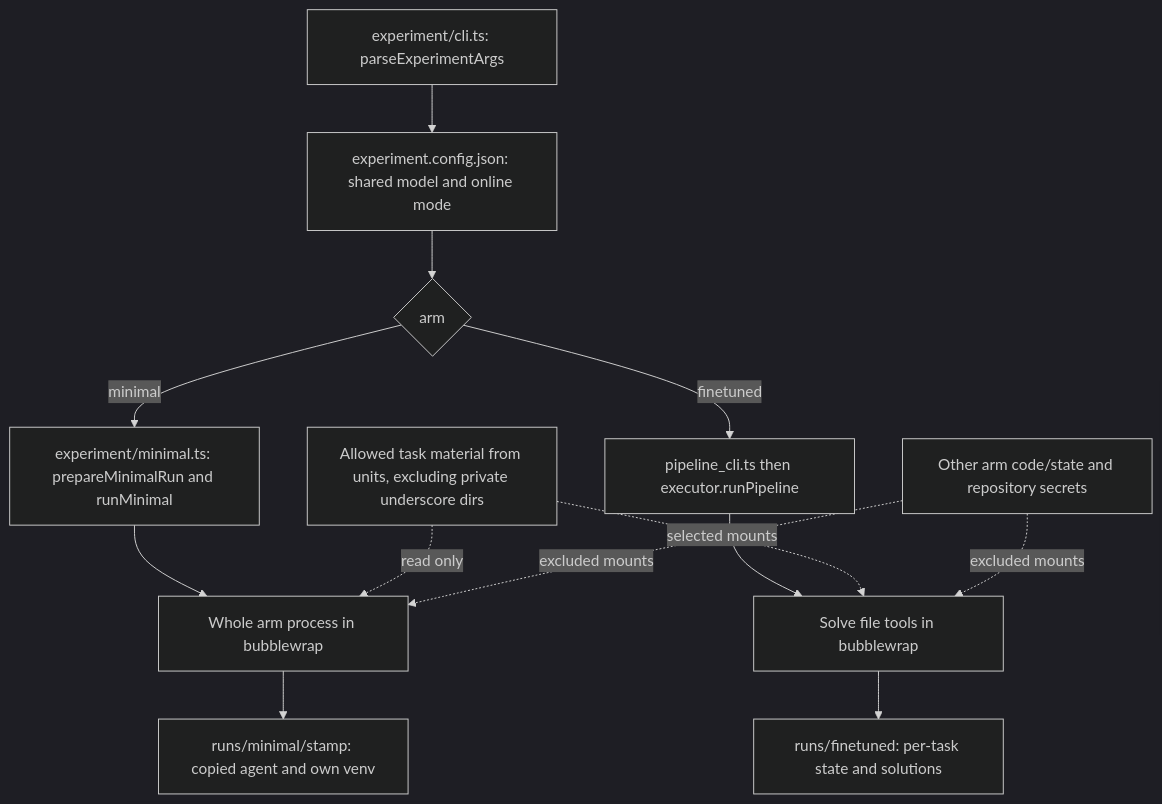
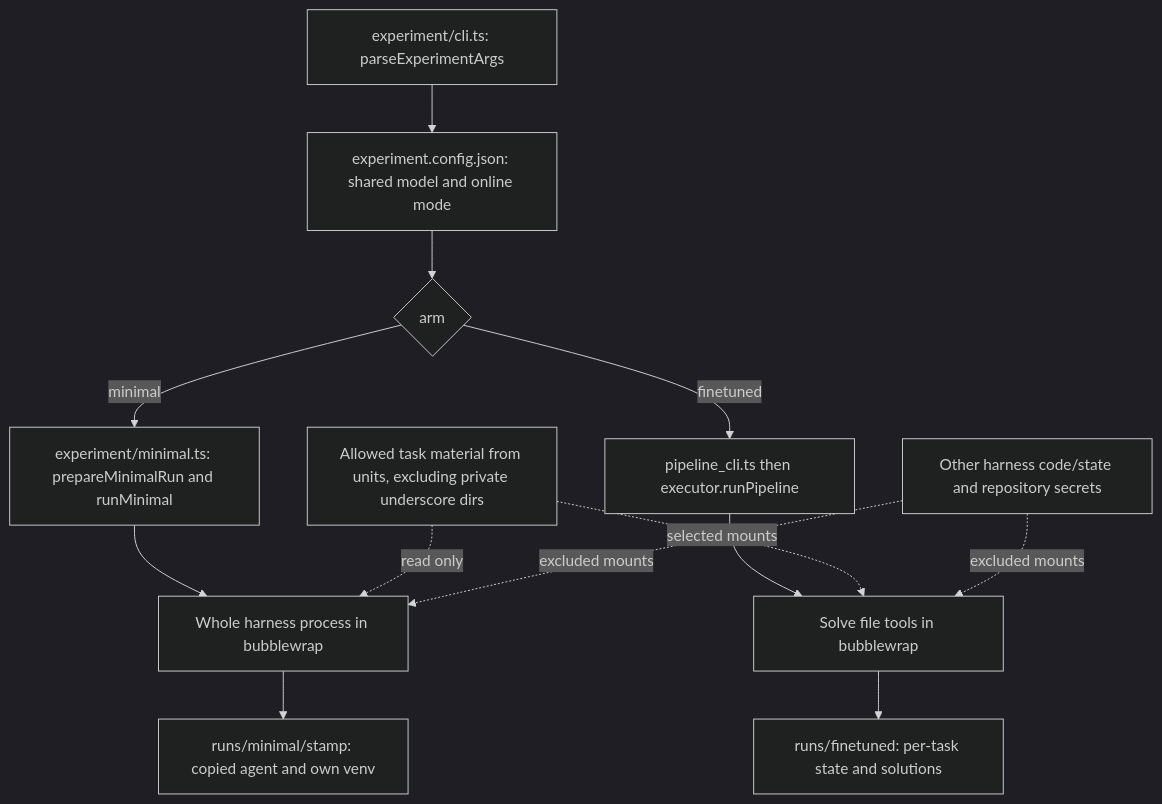
Before and after one commit to nicobrauchtgit/auto-smart-lab: the first of 6 diagrams in docs/architecture.md, drawn with Mermaid (dark theme). The commit also changed other lines of this file and 8 other files, not shown here.

````diff
--- a/docs/architecture.md
+++ b/docs/architecture.md
@@ -29,15 +29,15 @@
 ```mermaid
 flowchart TD
     CLI[experiment/cli.ts: parseExperimentArgs] --> CFG[experiment.config.json: shared model and online mode]
     CFG --> ARM{arm}
     ARM -->|minimal| MIN[experiment/minimal.ts: prepareMinimalRun and runMinimal]
     ARM -->|finetuned| FIN[pipeline_cli.ts then executor.runPipeline]
-    MIN --> MJ[Whole arm process in bubblewrap]
+    MIN --> MJ[Whole harness process in bubblewrap]
     MJ --> MR[runs/minimal/stamp: copied agent and own venv]
     FIN --> FJ[Solve file tools in bubblewrap]
     FJ --> FR[runs/finetuned: per-task state and solutions]
     U[Allowed task material from units, excluding private underscore dirs] -. read only .-> MJ
     U -. selected mounts .-> FJ
-    X[Other arm code/state and repository secrets] -. excluded mounts .-> MJ
+    X[Other harness code/state and repository secrets] -. excluded mounts .-> MJ
     X -. excluded mounts .-> FJ
 ```
````
